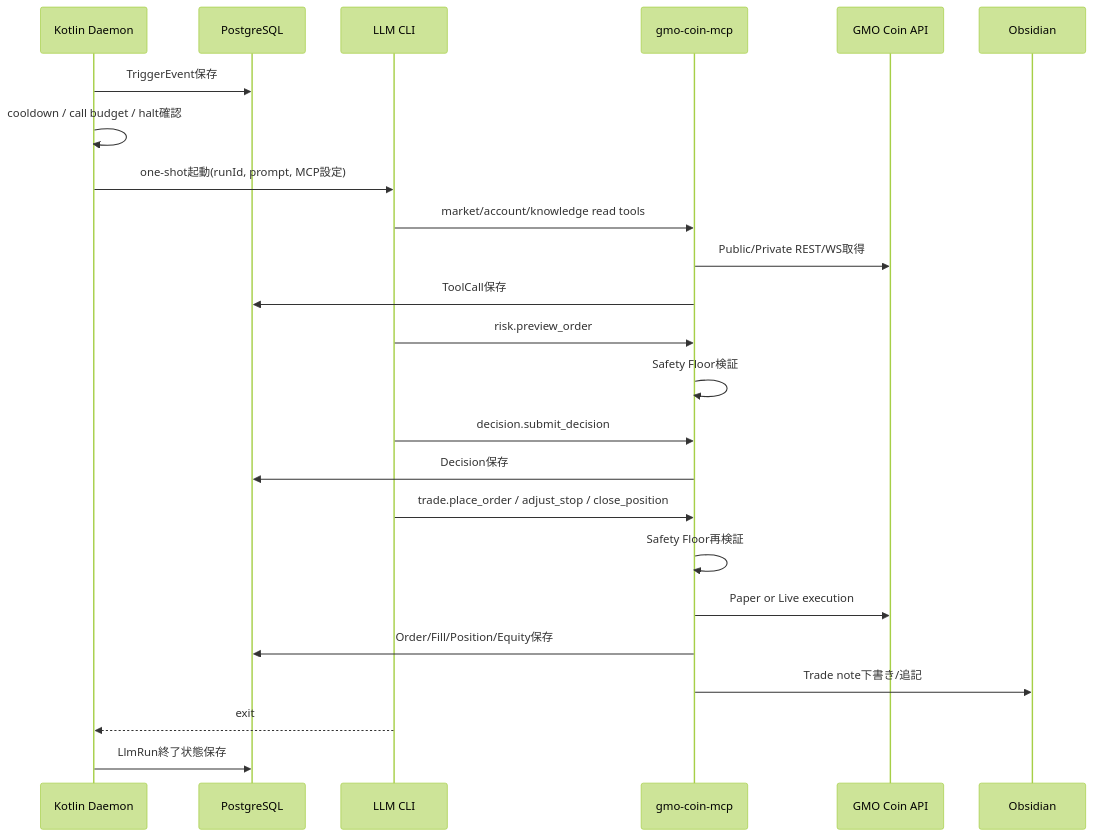
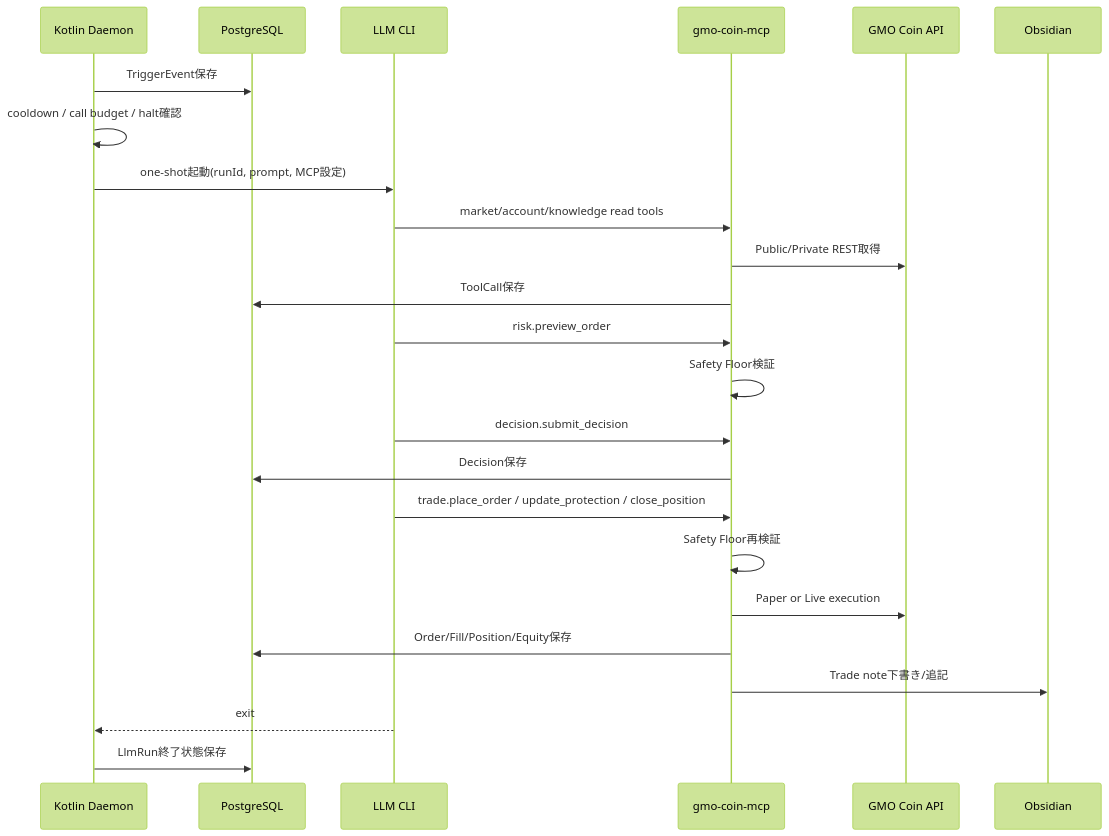
One commit to matsumo0922/fukurou changed the second of 2 diagrams in docs/design.md. Above: the diagram before and after it, drawn with Mermaid (forest theme). The commit also changed other lines of this file, not shown here.

Commit message:
docs: incorporate updated GMO design review

````diff
--- a/docs/design.md
+++ b/docs/design.md
@@ -133,27 +134,27 @@
 ```mermaid
 sequenceDiagram
     participant D as Kotlin Daemon
     participant DB as PostgreSQL
     participant CLI as LLM CLI
     participant MCP as gmo-coin-mcp
     participant GMO as GMO Coin API
     participant OBS as Obsidian
 
     D->>DB: TriggerEvent保存
     D->>D: cooldown / call budget / halt確認
     D->>CLI: one-shot起動(runId, prompt, MCP設定)
     CLI->>MCP: market/account/knowledge read tools
-    MCP->>GMO: Public/Private REST/WS取得
+    MCP->>GMO: Public/Private REST取得
     MCP->>DB: ToolCall保存
     CLI->>MCP: risk.preview_order
     MCP->>MCP: Safety Floor検証
     CLI->>MCP: decision.submit_decision
     MCP->>DB: Decision保存
-    CLI->>MCP: trade.place_order / adjust_stop / close_position
+    CLI->>MCP: trade.place_order / update_protection / close_position
     MCP->>MCP: Safety Floor再検証
     MCP->>GMO: Paper or Live execution
     MCP->>DB: Order/Fill/Position/Equity保存
     MCP->>OBS: Trade note下書き/追記
     CLI-->>D: exit
     D->>DB: LlmRun終了状態保存
 ```
````
